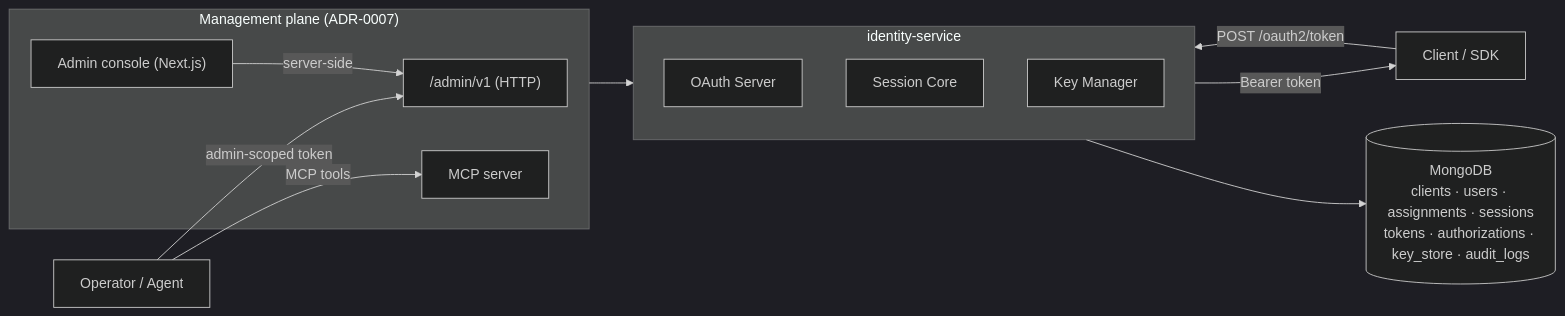
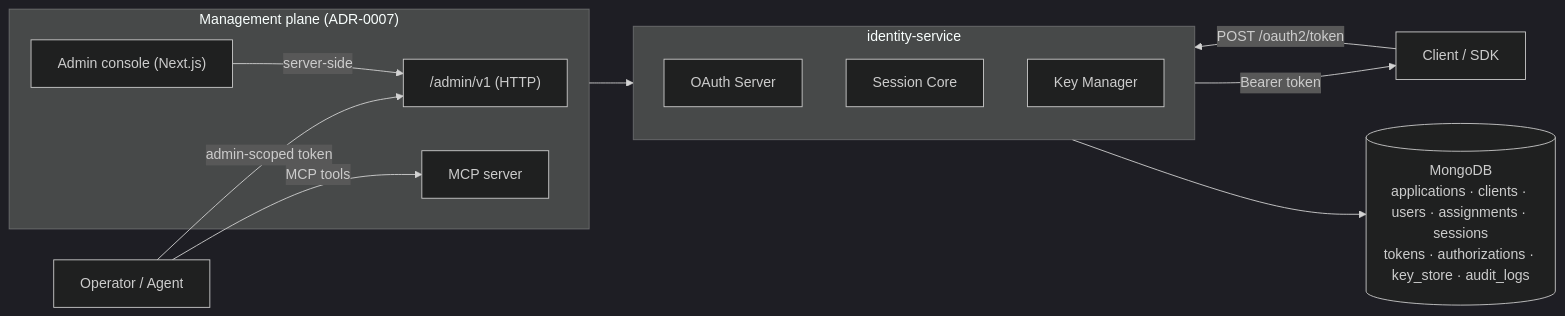
One commit to fps4/identity-service changed the diagram in docs/design/architecture.md. Above: the diagram before and after it, drawn with Mermaid (dark theme). The commit also changed other lines of this file and 63 other files, not shown here.

````diff
--- a/docs/design/architecture.md
+++ b/docs/design/architecture.md
@@ -35,24 +36,24 @@
 ```mermaid
 flowchart LR
     client["Client / SDK"]
     subgraph svc["identity-service"]
         oauth["OAuth Server"]
         session["Session Core"]
         keys["Key Manager"]
     end
-    db[("MongoDB<br/>clients · users · assignments · sessions<br/>tokens · authorizations · key_store · audit_logs")]
+    db[("MongoDB<br/>applications · clients · users · assignments · sessions<br/>tokens · authorizations · key_store · audit_logs")]
     admin["Operator / Agent"]
     subgraph mgmt["Management plane (ADR-0007)"]
         api["/admin/v1 (HTTP)"]
         mcp["MCP server"]
         console["Admin console (Next.js)"]
     end
 
     client -->|"POST /oauth2/token"| svc
     svc -->|"Bearer token"| client
     svc --> db
     admin -->|"admin-scoped token"| api
     admin -->|"MCP tools"| mcp
     console -->|"server-side"| api
     mgmt --> svc
 ```
````
